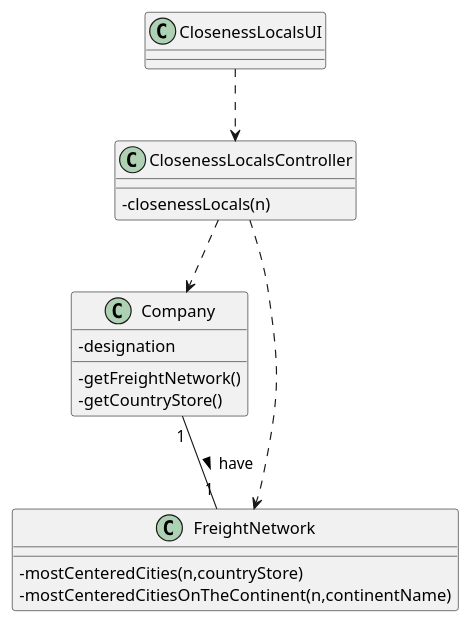
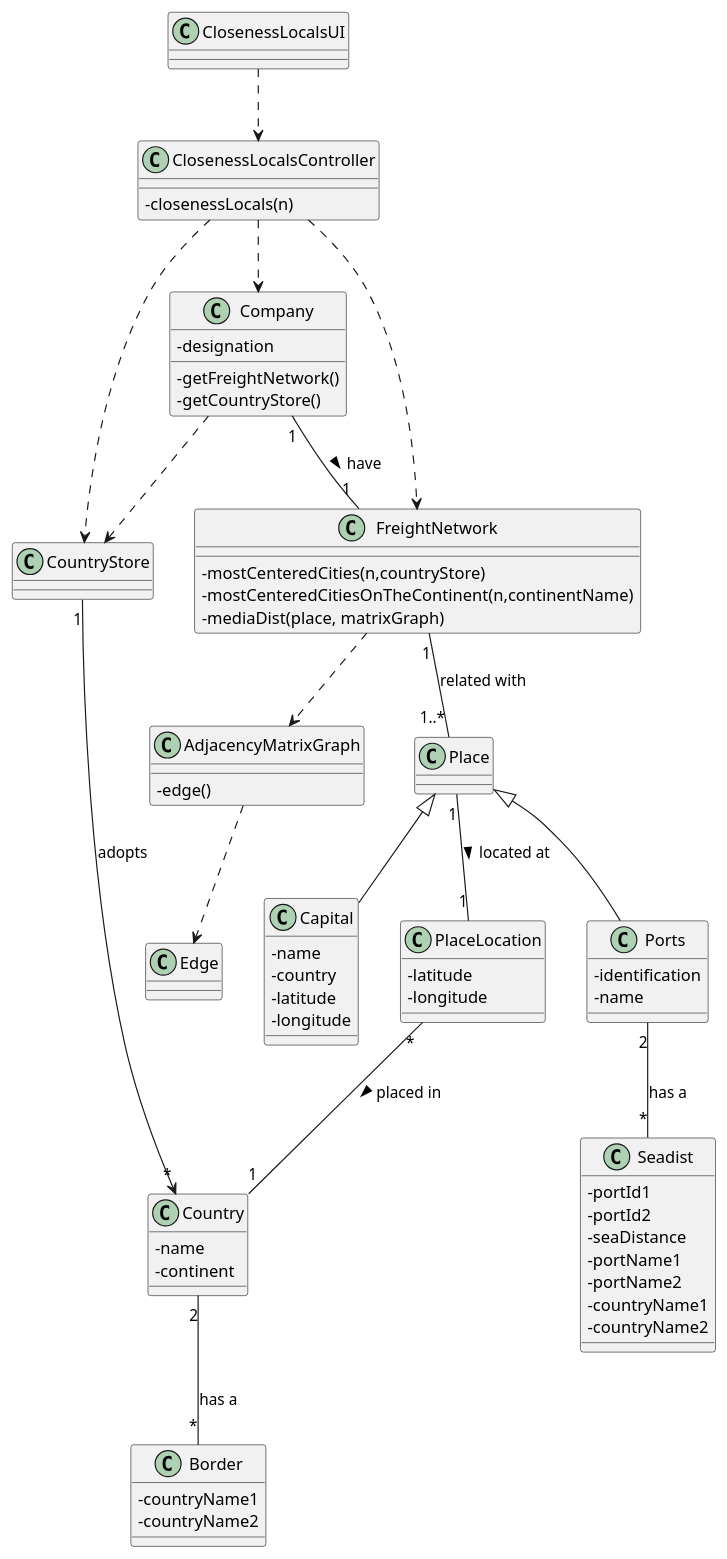
Before and after one commit to 0franciscor/lapr3-2021-g042: the diagram in docs/US303/US303_CD.puml, drawn with PlantUML. The commit also changed 3 other files, not shown here.

```diff
--- a/docs/US303/US303_CD.puml
+++ b/docs/US303/US303_CD.puml
@@ -1,35 +1,103 @@
 @startuml
 'https://plantuml.com/class-diagram
 
 skinparam classAttributeIconSize 0
 
 
 
 class ClosenessLocalsUI {}
 
 class ClosenessLocalsController {
 -closenessLocals(n)
 }
 
+class CountryStore {
+}
+
 class Company {
 -designation
 -getFreightNetwork()
 -getCountryStore()
 }
 
 class FreightNetwork {
 -mostCenteredCities(n,countryStore)
 -mostCenteredCitiesOnTheContinent(n,continentName)
+-mediaDist(place, matrixGraph)
 }
 
 
+class Ports {
+-identification
+-name
+}
+
+
+class Country {
+-name
+-continent
+}
+
+class PlaceLocation {
+-latitude
+-longitude
+}
+
+class Capital{
+-name
+-country
+-latitude
+-longitude
+}
+
+class Place {
+
+}
+
+class Border {
+-countryName1
+-countryName2
+}
+
+class Seadist {
+-portId1
+-portId2
+-seaDistance
+-portName1
+-portName2
+-countryName1
+-countryName2
+}
+
+class AdjacencyMatrixGraph {
+-edge()
+
+}
+
+class Edge {
+
+}
 
 ClosenessLocalsUI ..> ClosenessLocalsController
 
 ClosenessLocalsController ..> Company
 ClosenessLocalsController ..> FreightNetwork
 
 Company "1"--"1" FreightNetwork: have >
 
+Company..> CountryStore
+ClosenessLocalsController..> CountryStore
+
+FreightNetwork ..> AdjacencyMatrixGraph
+FreightNetwork "1" -- "1..*" Place : related with
+Place "1" -- "1" PlaceLocation : located at >
+Place <|-- Capital
+Place <|-- Ports
+PlaceLocation "*" -- "1" Country : placed in >
+Country "2" -- "*" Border : has a
+AdjacencyMatrixGraph ..> Edge
+
+CountryStore "1"--> "*" Country : adopts
+Ports "2"--"*" Seadist: has a
 
 @enduml
```
